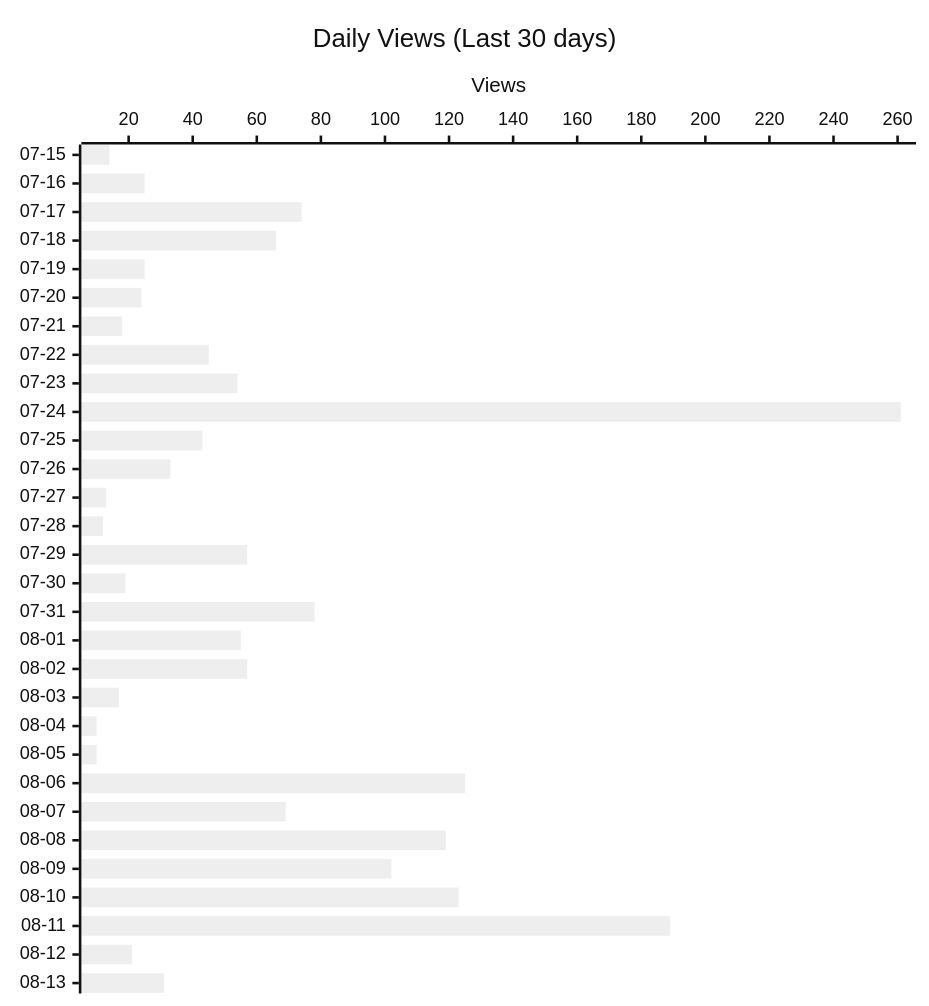
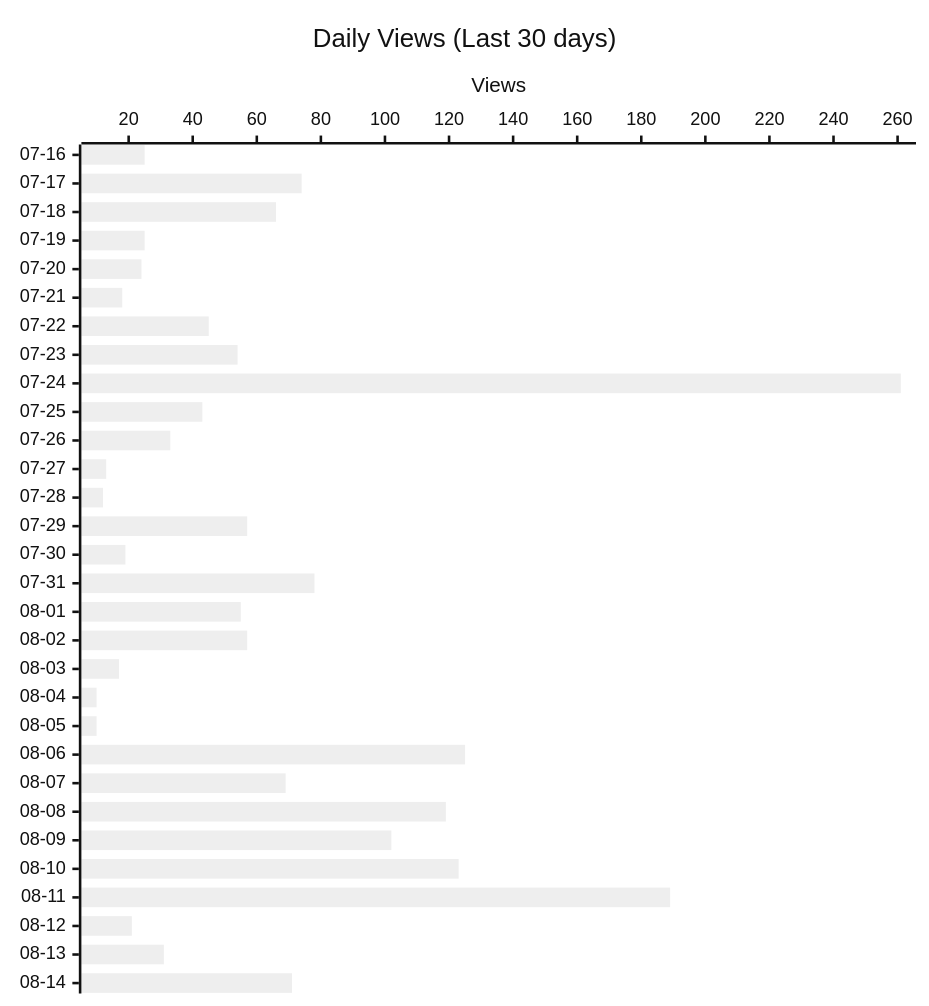
One commit to shigechika/github-insights changed the second of 4 diagrams in README.md. Above: the diagram before and after it, drawn with Mermaid (neutral theme). The commit also changed other lines of this file and 2 other files, not shown here.

````diff
--- a/README.md
+++ b/README.md
@@ -28,12 +28,12 @@
 ```mermaid
 ---
 config:
   xyChart:
     height: 760
 ---
 xychart-beta horizontal
     title "Daily Views (Last 30 days)"
-    x-axis ["07-15", "07-16", "07-17", "07-18", "07-19", "07-20", "07-21", "07-22", "07-23", "07-24", "07-25", "07-26", "07-27", "07-28", "07-29", "07-30", "07-31", "08-01", "08-02", "08-03", "08-04", "08-05", "08-06", "08-07", "08-08", "08-09", "08-10", "08-11", "08-12", "08-13"]
+    x-axis ["07-16", "07-17", "07-18", "07-19", "07-20", "07-21", "07-22", "07-23", "07-24", "07-25", "07-26", "07-27", "07-28", "07-29", "07-30", "07-31", "08-01", "08-02", "08-03", "08-04", "08-05", "08-06", "08-07", "08-08", "08-09", "08-10", "08-11", "08-12", "08-13", "08-14"]
     y-axis "Views"
-    bar [14, 25, 74, 66, 25, 24, 18, 45, 54, 261, 43, 33, 13, 12, 57, 19, 78, 55, 57, 17, 10, 10, 125, 69, 119, 102, 123, 189, 21, 31]
+    bar [25, 74, 66, 25, 24, 18, 45, 54, 261, 43, 33, 13, 12, 57, 19, 78, 55, 57, 17, 10, 10, 125, 69, 119, 102, 123, 189, 21, 31, 71]
 ```
````
